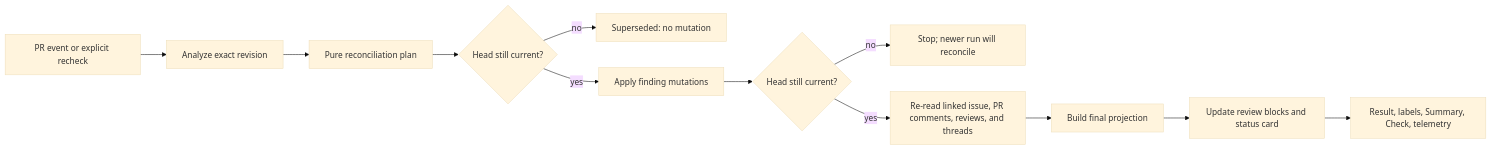
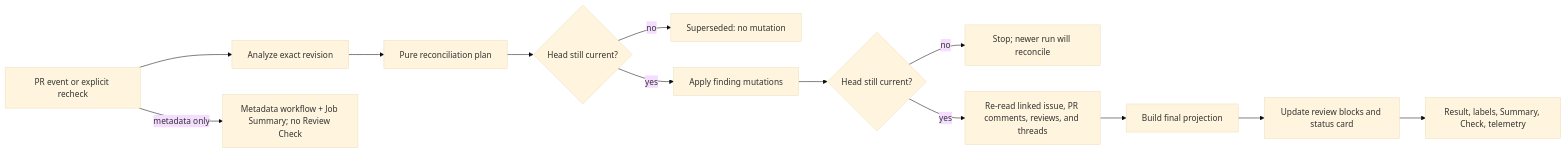
Before and after one commit to vypdev/copilot: the first of 2 diagrams in specs/bugbot-review-state-reconciliation.md, drawn with Mermaid (base theme). The commit also changed other lines of this file and 17 other files, not shown here.

````diff
--- a/specs/bugbot-review-state-reconciliation.md
+++ b/specs/bugbot-review-state-reconciliation.md
@@ -301,14 +318,15 @@
 ```mermaid
 flowchart LR
     E[PR event or explicit recheck] --> A[Analyze exact revision]
     A --> P[Pure reconciliation plan]
     P --> H1{Head still current?}
     H1 -- no --> S[Superseded: no mutation]
     H1 -- yes --> M[Apply finding mutations]
     M --> H2{Head still current?}
     H2 -- no --> R[Stop; newer run will reconcile]
     H2 -- yes --> Q[Re-read linked issue, PR comments, reviews, and threads]
     Q --> F[Build final projection]
     F --> U[Update review blocks and status card]
     U --> O[Result, labels, Summary, Check, telemetry]
+    E -->|metadata only| J[Metadata workflow + Job Summary; no Review Check]
 ```
````
